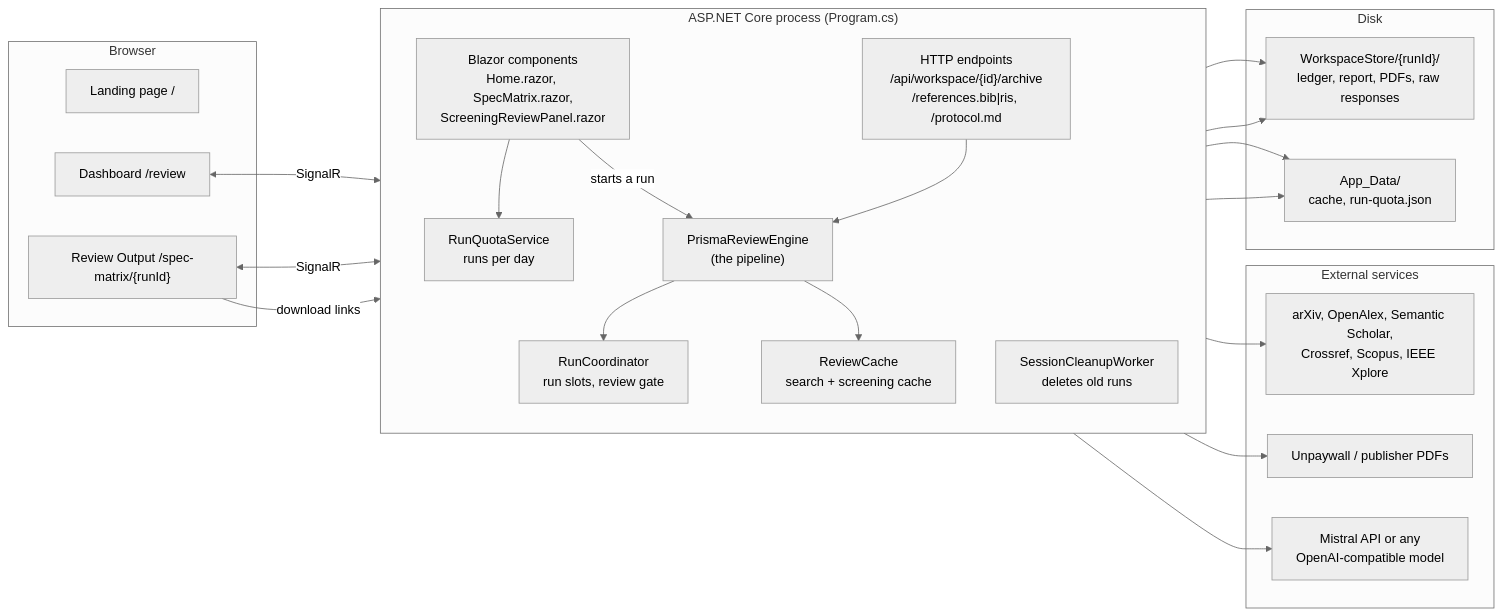
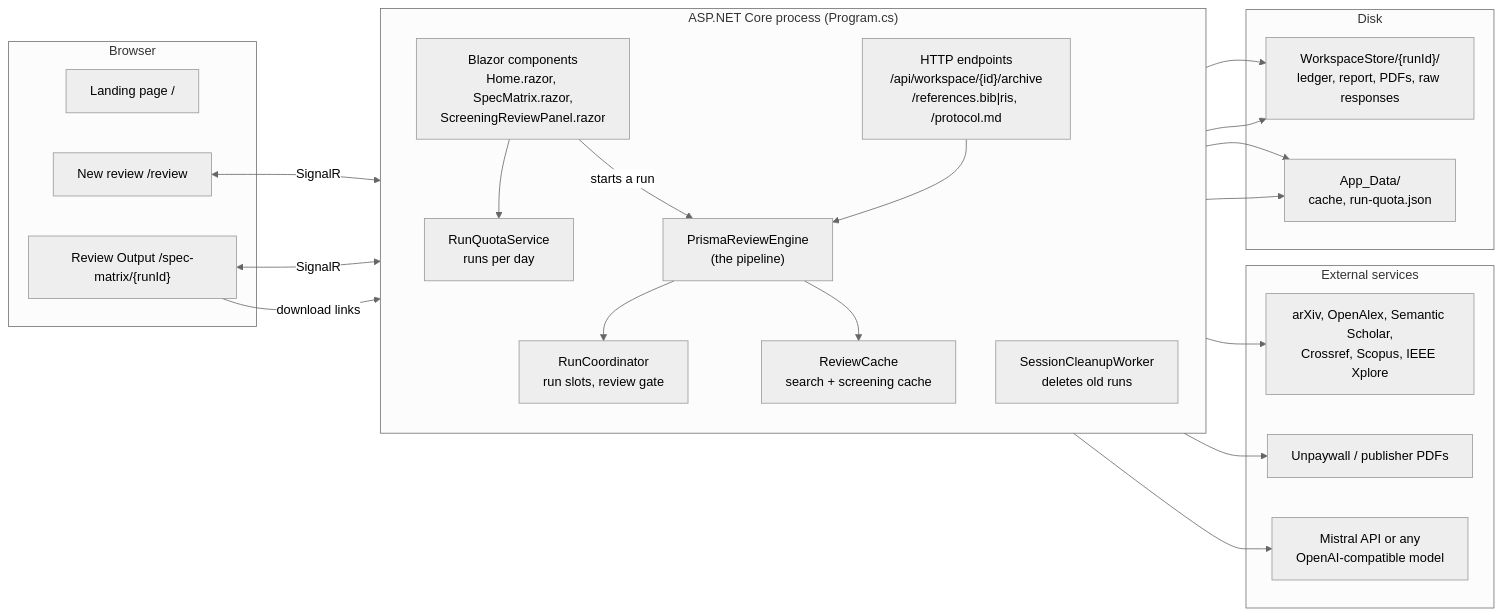
The first of 2 diagrams in docs/wiki/01-system-overview.md (lauPhilip/au-btech-literature-review-agent), drawn with Mermaid (neutral theme) before and after one commit. The commit also changed 2 other files, not shown here.

Commit message:
(docs): describe the new layout in the README's install steps and the wiki (#211)
Claude-Session: https://claude.ai/code/session_01MdMWuU6fgGDd6QRhx8aeiQ

````diff
--- a/docs/wiki/01-system-overview.md
+++ b/docs/wiki/01-system-overview.md
@@ -7,46 +7,46 @@
 ```mermaid
 flowchart LR
     subgraph Browser
         L["Landing page /"]
-        D["Dashboard /review"]
+        D["New review /review"]
         R["Review Output /spec-matrix/{runId}"]
     end
 
     subgraph App["ASP.NET Core process (Program.cs)"]
         direction TB
         UI["Blazor components<br/>Home.razor, SpecMatrix.razor,<br/>ScreeningReviewPanel.razor"]
         EP["HTTP endpoints<br/>/api/workspace/{id}/archive<br/>/references.bib|ris, /protocol.md"]
         ENG["PrismaReviewEngine<br/>(the pipeline)"]
         COORD["RunCoordinator<br/>run slots, review gate"]
         QUOTA["RunQuotaService<br/>runs per day"]
         CACHE["ReviewCache<br/>search + screening cache"]
         CLEAN["SessionCleanupWorker<br/>deletes old runs"]
     end
 
     subgraph External["External services"]
         SRC["arXiv, OpenAlex, Semantic Scholar,<br/>Crossref, Scopus, IEEE Xplore"]
         UNP["Unpaywall / publisher PDFs"]
         LLM["Mistral API or any<br/>OpenAI-compatible model"]
     end
 
     subgraph Disk
         WS["WorkspaceStore/{runId}/<br/>ledger, report, PDFs, raw responses"]
         AD["App_Data/<br/>cache, run-quota.json"]
     end
 
     D <-->|SignalR| UI
     R <-->|SignalR| UI
     R -->|download links| EP
     UI --> QUOTA
     UI -->|starts a run| ENG
     ENG --> COORD
     ENG --> CACHE
     ENG --> SRC
     ENG --> UNP
     ENG --> LLM
     ENG --> WS
     EP --> ENG
     CACHE --> AD
     QUOTA --> AD
     CLEAN --> WS
 ```
````
